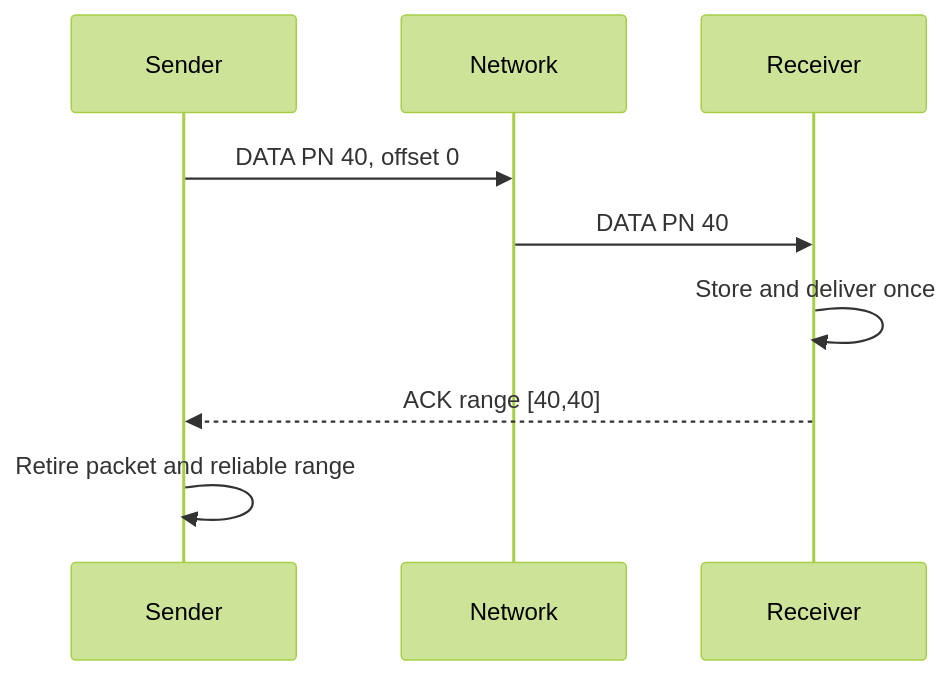
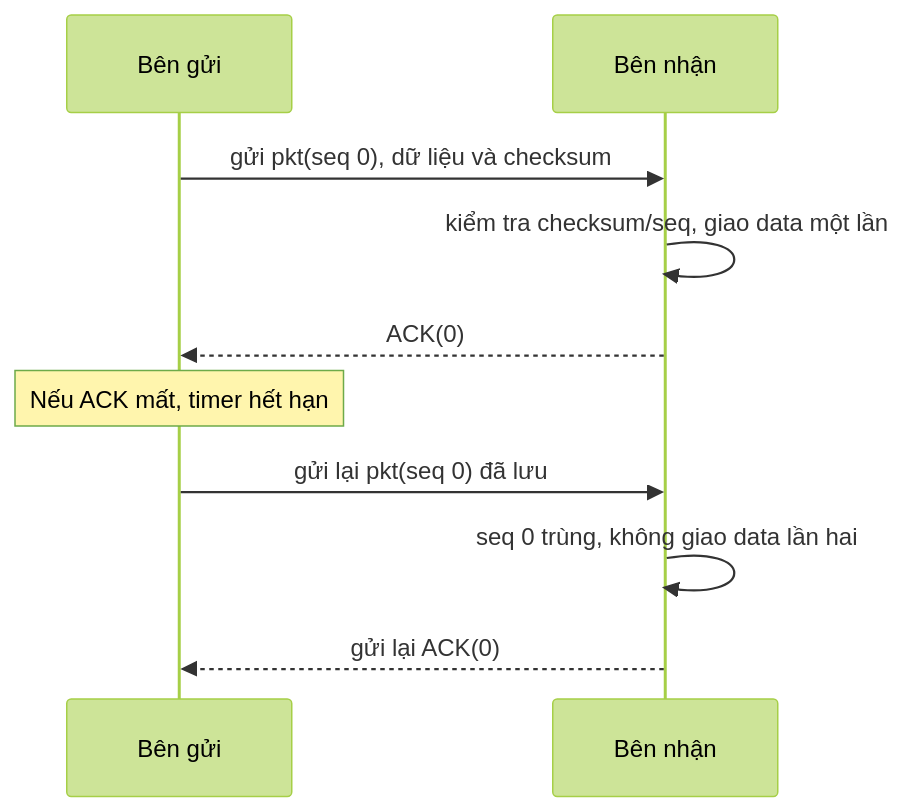
The diagram in docs/reliability-lab2-presentation.md (TiKyisme/co3094-lab2-network-streaming), drawn with Mermaid (forest theme) before and after one commit. The commit also changed other lines of this file and 5 other files, not shown here.

````diff
--- a/docs/reliability-lab2-presentation.md
+++ b/docs/reliability-lab2-presentation.md
@@ -53,11 +25,12 @@
 ```mermaid
 sequenceDiagram
-    participant S as Sender
-    participant N as Network
-    participant R as Receiver
-    S->>N: DATA PN 40, offset 0
-    N->>R: DATA PN 40
-    R->>R: Store and deliver once
-    R-->>S: ACK range [40,40]
-    S->>S: Retire packet and reliable range
+    participant S as Bên gửi
+    participant R as Bên nhận
+    S->>R: gửi pkt(seq 0), dữ liệu và checksum
+    R->>R: kiểm tra checksum/seq, giao data một lần
+    R-->>S: ACK(0)
+    Note over S: Nếu ACK mất, timer hết hạn
+    S->>R: gửi lại pkt(seq 0) đã lưu
+    R->>R: seq 0 trùng, không giao data lần hai
+    R-->>S: gửi lại ACK(0)
 ```
````
